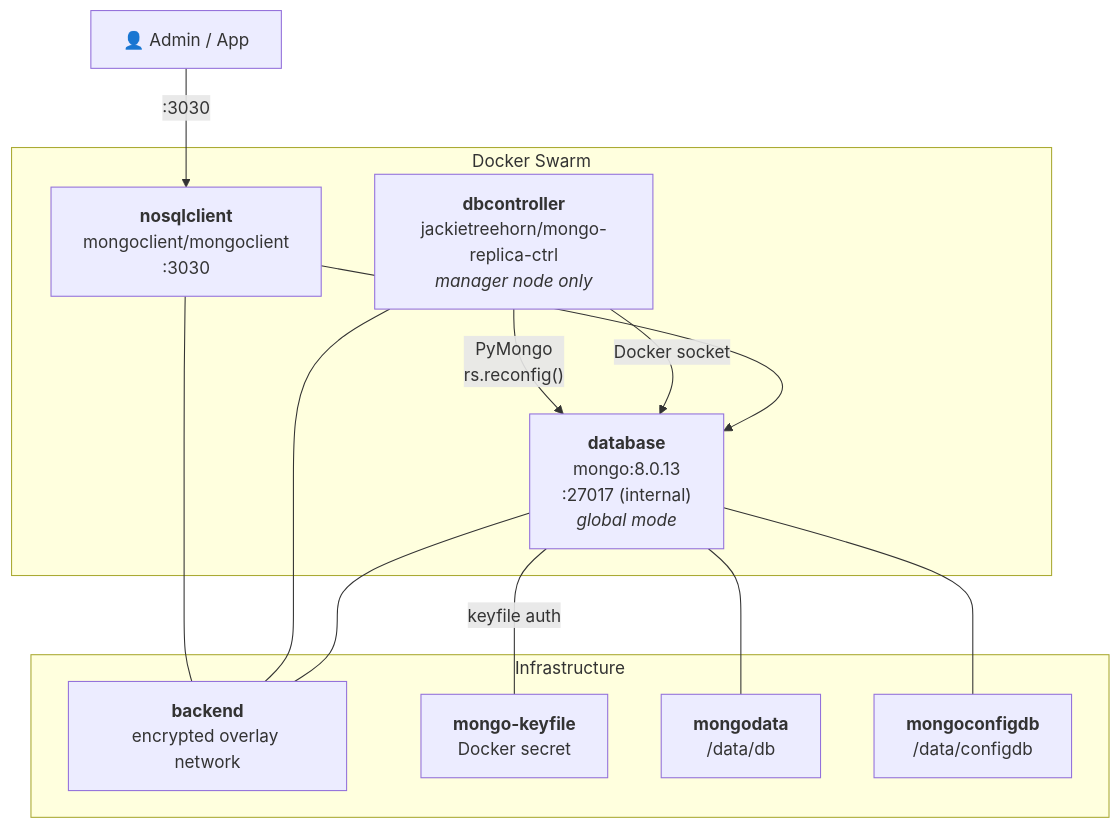
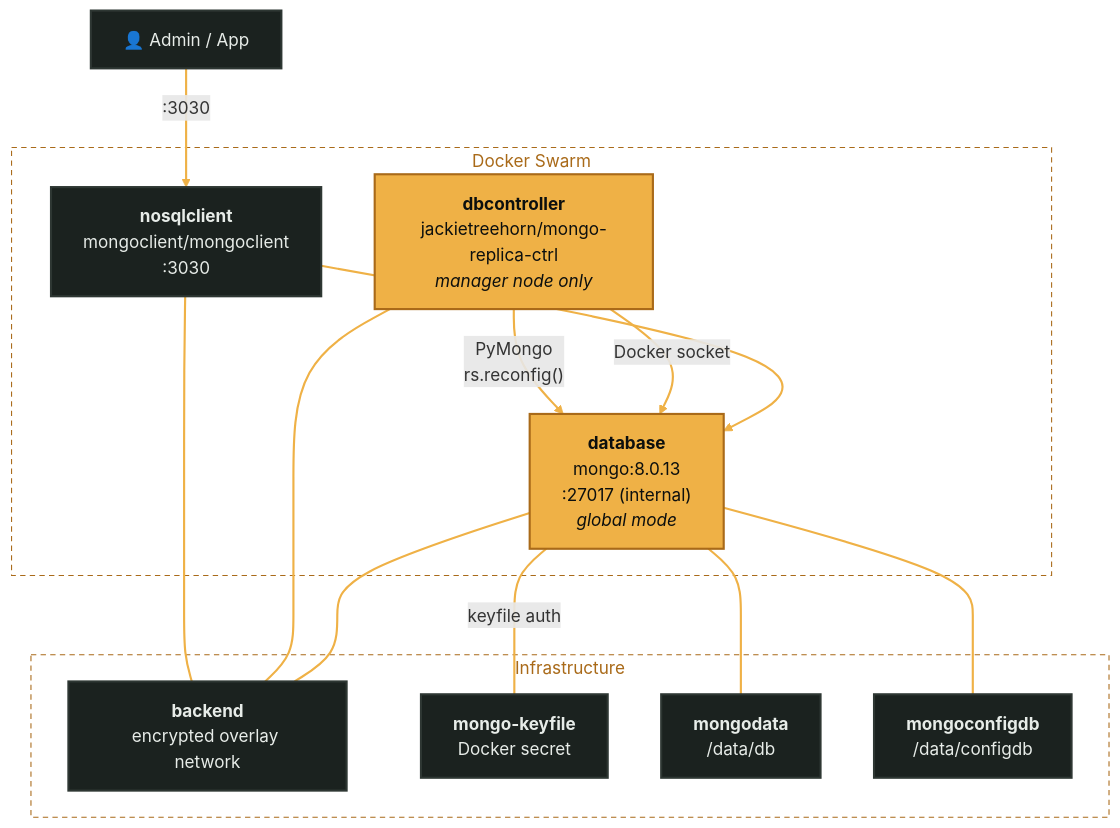
The diagram in README.md (BitWise-0x/MongoDB-ReplicaSet-Manager), drawn with Mermaid before and after one commit.

Commit message:
docs: theme the architecture diagram in the site's amber and black palette

````diff
--- a/README.md
+++ b/README.md
@@ -82,28 +82,34 @@
 ```mermaid
 graph TD
     User["👤 Admin / App"]
 
-    subgraph Docker Swarm
+    subgraph swarm["Docker Swarm"]
         db["<b>database</b><br>mongo:8.0.13<br>:27017 (internal)<br><i>global mode</i>"]
         ctrl["<b>dbcontroller</b><br>jackietreehorn/mongo-replica-ctrl<br><i>manager node only</i>"]
         nosql["<b>nosqlclient</b><br>mongoclient/mongoclient<br>:3030"]
     end
 
-    subgraph Infrastructure
+    subgraph infra["Infrastructure"]
         net["<b>backend</b><br>encrypted overlay network"]
         secret["<b>mongo-keyfile</b><br>Docker secret"]
         vol_data["<b>mongodata</b><br>/data/db"]
         vol_cfg["<b>mongoconfigdb</b><br>/data/configdb"]
     end
 
     User -->|":3030"| nosql
     nosql --> db
     ctrl -->|"Docker socket"| db
     ctrl -->|"PyMongo<br>rs.reconfig()"| db
     db --- net
     ctrl --- net
     nosql --- net
     db ---|"keyfile auth"| secret
     db --- vol_data
     db --- vol_cfg
+    classDef default fill:#efb146,stroke:#a96a19,stroke-width:2px,color:#0c0f0e
+    classDef quiet fill:#1b221f,stroke:#2e3733,stroke-width:2px,color:#e7ece8
+    linkStyle default stroke:#efb146,stroke-width:2px
+    class User,nosql,net,secret,vol_data,vol_cfg quiet
+    style swarm fill:transparent,stroke:#a96a19,stroke-width:1px,stroke-dasharray:5 4,color:#a96a19
+    style infra fill:transparent,stroke:#a96a19,stroke-width:1px,stroke-dasharray:5 4,color:#a96a19
 ```
````
